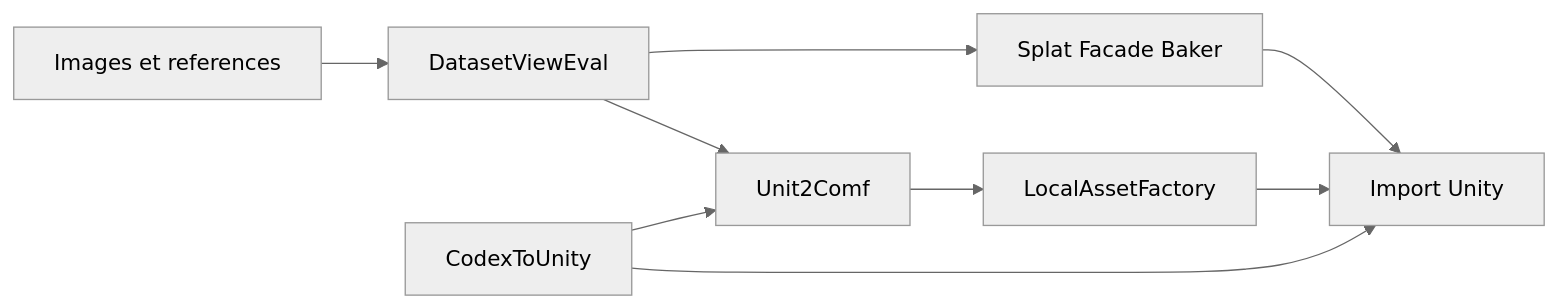
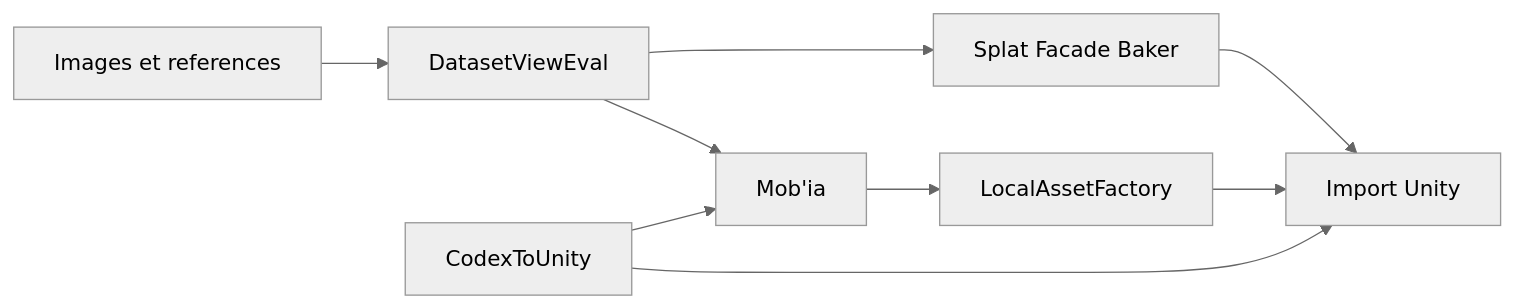
Before and after one commit to charli-dev420/presentation-projet-3d-unity: the diagram in docs/project-map.md, drawn with Mermaid (neutral theme). The commit also changed other lines of this file and 28 other files, not shown here.

````diff
--- a/docs/project-map.md
+++ b/docs/project-map.md
@@ -15,11 +15,11 @@
 ```mermaid
 flowchart LR
     A[Images et references] --> B[DatasetViewEval]
     B --> C[Splat Facade Baker]
-    B --> D[Unit2Comf]
+    B --> D[Mob'ia]
     D --> E[LocalAssetFactory]
     C --> F[Import Unity]
     E --> F
     G[CodexToUnity] --> D
     G --> F
 ```
````
